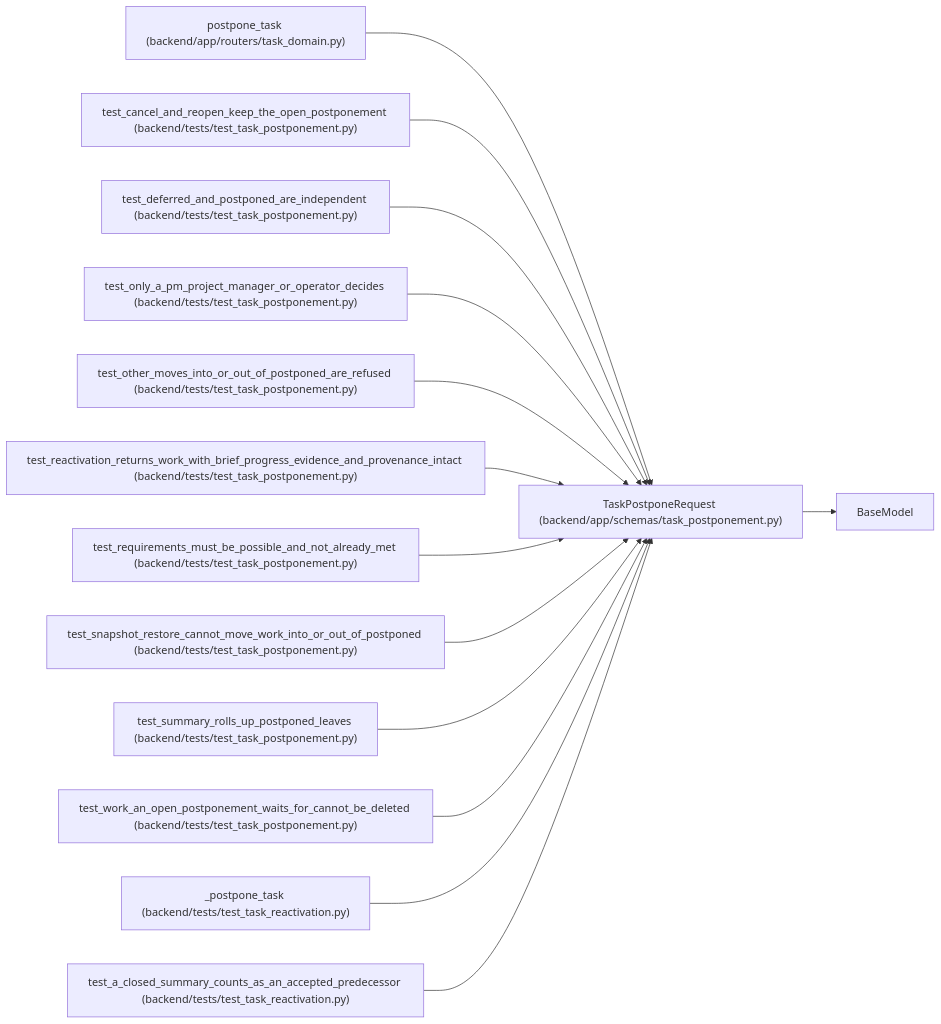
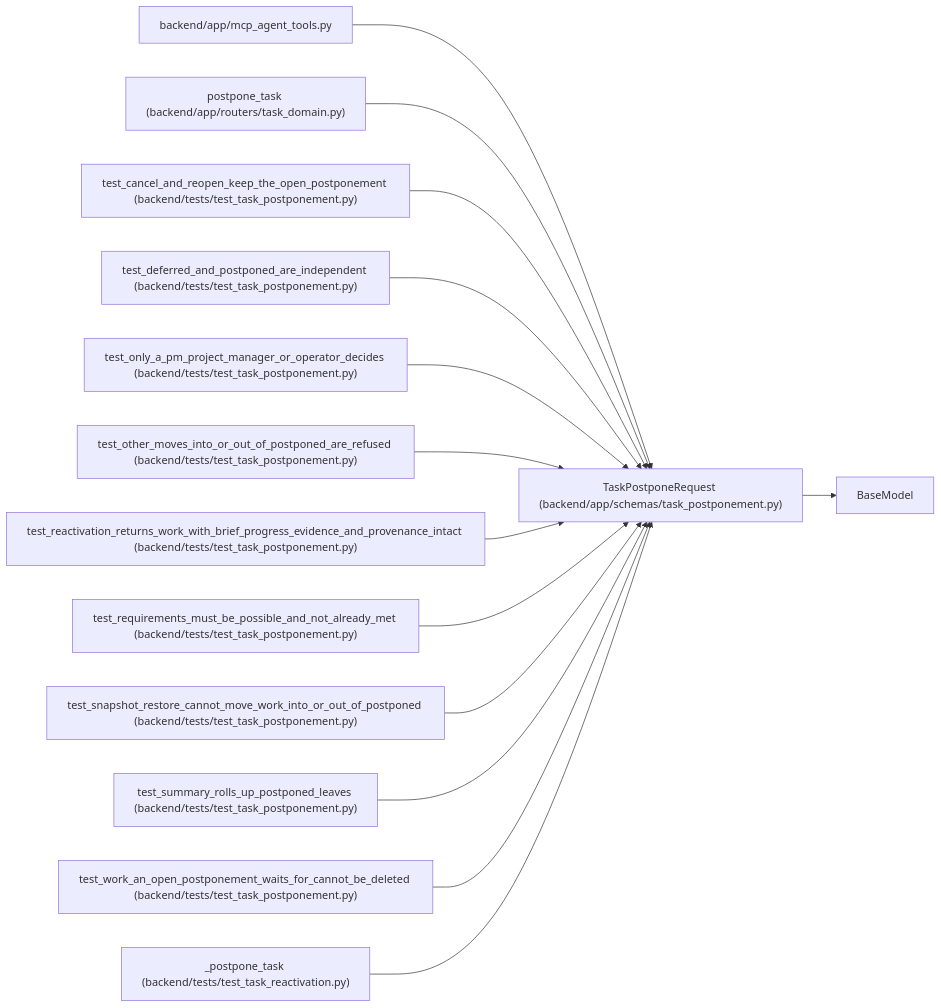
The diagram in docs/llm_wiki/entities/TaskPostponeRequest.md (Denissvgn/WorkChord), drawn with Mermaid before and after one commit. The commit also changed other lines of this file and 674 other files, not shown here.

Commit message:
Sync the architectural wiki for the postponement agent tools

````diff
--- a/docs/llm_wiki/entities/TaskPostponeRequest.md
+++ b/docs/llm_wiki/entities/TaskPostponeRequest.md
@@ -48,43 +48,43 @@
 ```mermaid
 flowchart LR
     n0["TaskPostponeRequest (backend/app/schemas/task_postponement.py)"]
     n1["BaseModel"]
-    n2["postpone_task (backend/app/routers/task_domain.py)"]
-    n3["test_cancel_and_reopen_keep_the_open_postponement (backend/tests/test_task_postponement.py)"]
-    n4["test_deferred_and_postponed_are_independent (backend/tests/test_task_postponement.py)"]
-    n5["test_only_a_pm_project_manager_or_operator_decides (backend/tests/test_task_postponement.py)"]
-    n6["test_other_moves_into_or_out_of_postponed_are_refused (backend/tests/test_task_postponement.py)"]
-    n7["test_reactivation_returns_work_with_brief_progress_evidence_and_provenance_intact (backend/tests/test_task_postponement.py)"]
-    n8["test_requirements_must_be_possible_and_not_already_met (backend/tests/test_task_postponement.py)"]
-    n9["test_snapshot_restore_cannot_move_work_into_or_out_of_postponed (backend/tests/test_task_postponement.py)"]
-    n10["test_summary_rolls_up_postponed_leaves (backend/tests/test_task_postponement.py)"]
-    n11["test_work_an_open_postponement_waits_for_cannot_be_deleted (backend/tests/test_task_postponement.py)"]
-    n12["_postpone_task (backend/tests/test_task_reactivation.py)"]
-    n13["test_a_closed_summary_counts_as_an_accepted_predecessor (backend/tests/test_task_reactivation.py)"]
+    n2["backend/app/mcp_agent_tools.py"]
+    n3["postpone_task (backend/app/routers/task_domain.py)"]
+    n4["test_cancel_and_reopen_keep_the_open_postponement (backend/tests/test_task_postponement.py)"]
+    n5["test_deferred_and_postponed_are_independent (backend/tests/test_task_postponement.py)"]
+    n6["test_only_a_pm_project_manager_or_operator_decides (backend/tests/test_task_postponement.py)"]
+    n7["test_other_moves_into_or_out_of_postponed_are_refused (backend/tests/test_task_postponement.py)"]
+    n8["test_reactivation_returns_work_with_brief_progress_evidence_and_provenance_intact (backend/tests/test_task_postponement.py)"]
+    n9["test_requirements_must_be_possible_and_not_already_met (backend/tests/test_task_postponement.py)"]
+    n10["test_snapshot_restore_cannot_move_work_into_or_out_of_postponed (backend/tests/test_task_postponement.py)"]
+    n11["test_summary_rolls_up_postponed_leaves (backend/tests/test_task_postponement.py)"]
+    n12["test_work_an_open_postponement_waits_for_cannot_be_deleted (backend/tests/test_task_postponement.py)"]
+    n13["_postpone_task (backend/tests/test_task_reactivation.py)"]
     n0 --> n1
     n2 --> n0
     n3 --> n0
     n4 --> n0
     n5 --> n0
     n6 --> n0
     n7 --> n0
     n8 --> n0
     n9 --> n0
     n10 --> n0
     n11 --> n0
     n12 --> n0
     n13 --> n0
     click n0 "../modules/schemas_task_postponement.md"
-    click n2 "../modules/routers_task_domain.md"
-    click n3 "../modules/test_task_postponement.md"
+    click n2 "../modules/mcp_agent_tools.md"
+    click n3 "../modules/routers_task_domain.md"
     click n4 "../modules/test_task_postponement.md"
     click n5 "../modules/test_task_postponement.md"
     click n6 "../modules/test_task_postponement.md"
     click n7 "../modules/test_task_postponement.md"
     click n8 "../modules/test_task_postponement.md"
     click n9 "../modules/test_task_postponement.md"
     click n10 "../modules/test_task_postponement.md"
     click n11 "../modules/test_task_postponement.md"
-    click n12 "../modules/test_task_reactivation.md"
+    click n12 "../modules/test_task_postponement.md"
     click n13 "../modules/test_task_reactivation.md"
 ```
````
